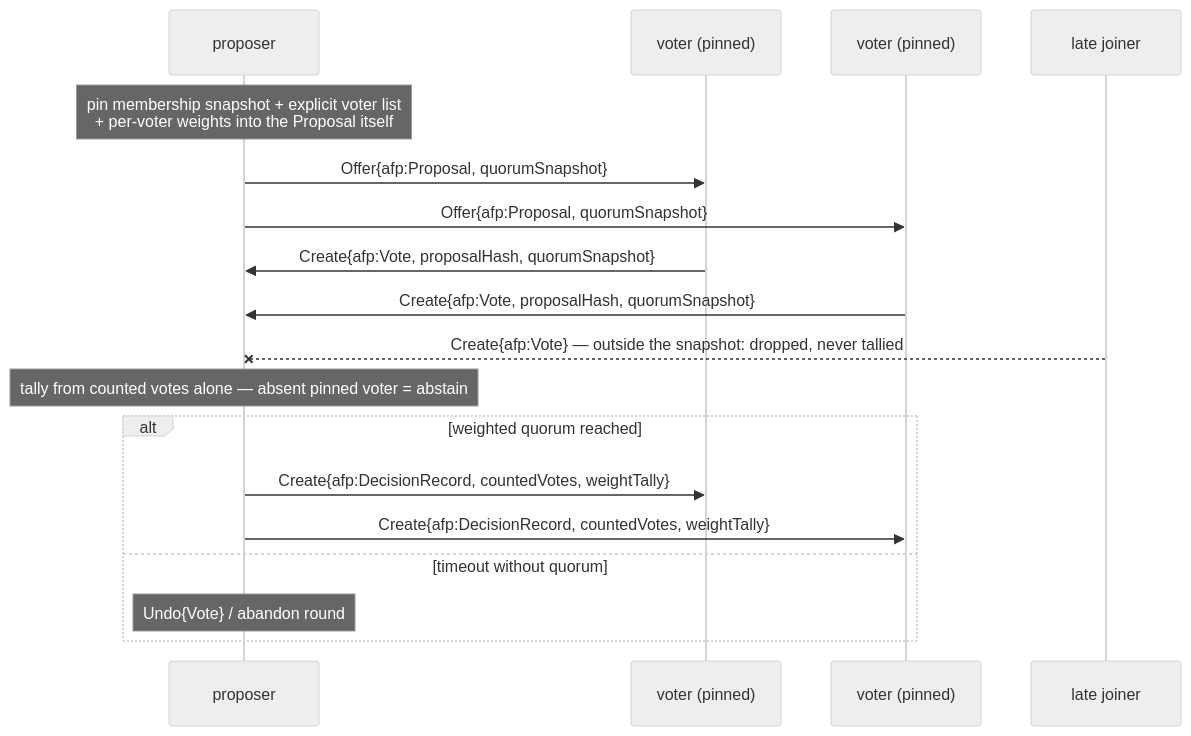
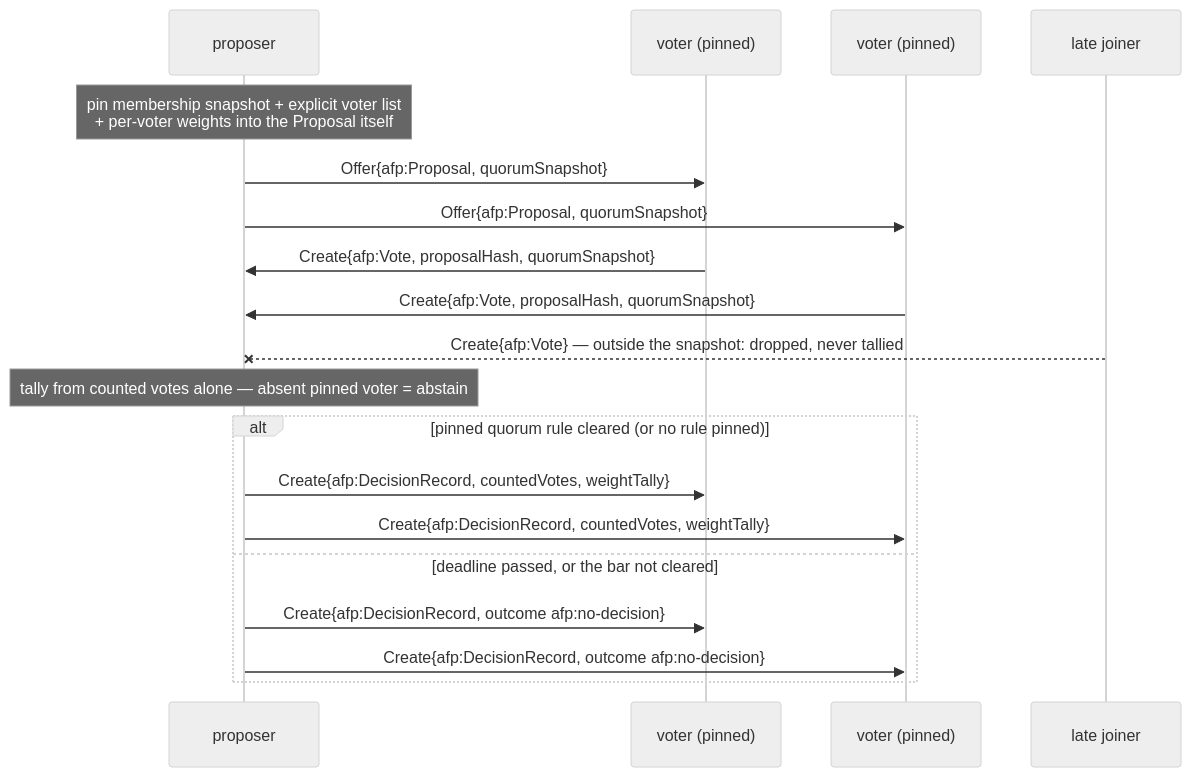
One commit to dalager/agent-federation-protocol changed the fifth of 7 diagrams in docs/afp/03-coordination.md. Above: the diagram before and after it, drawn with Mermaid (neutral theme). The commit also changed other lines of this file and 42 other files, not shown here.

````diff
--- a/docs/afp/03-coordination.md
+++ b/docs/afp/03-coordination.md
@@ -438,21 +438,22 @@
 ```mermaid
 sequenceDiagram
     participant P as proposer
     participant V1 as voter (pinned)
     participant V2 as voter (pinned)
     participant L as late joiner
 
     Note over P: pin membership snapshot + explicit voter list<br/>+ per-voter weights into the Proposal itself
     P->>V1: Offer{afp:Proposal, quorumSnapshot}
     P->>V2: Offer{afp:Proposal, quorumSnapshot}
     V1->>P: Create{afp:Vote, proposalHash, quorumSnapshot}
     V2->>P: Create{afp:Vote, proposalHash, quorumSnapshot}
     L--xP: Create{afp:Vote} — outside the snapshot: dropped, never tallied
     Note over P: tally from counted votes alone — absent pinned voter = abstain
-    alt weighted quorum reached
+    alt pinned quorum rule cleared (or no rule pinned)
         P->>V1: Create{afp:DecisionRecord, countedVotes, weightTally}
         P->>V2: Create{afp:DecisionRecord, countedVotes, weightTally}
-    else timeout without quorum
-        Note over P: Undo{Vote} / abandon round
+    else deadline passed, or the bar not cleared
+        P->>V1: Create{afp:DecisionRecord, outcome afp:no-decision}
+        P->>V2: Create{afp:DecisionRecord, outcome afp:no-decision}
     end
 ```
````
